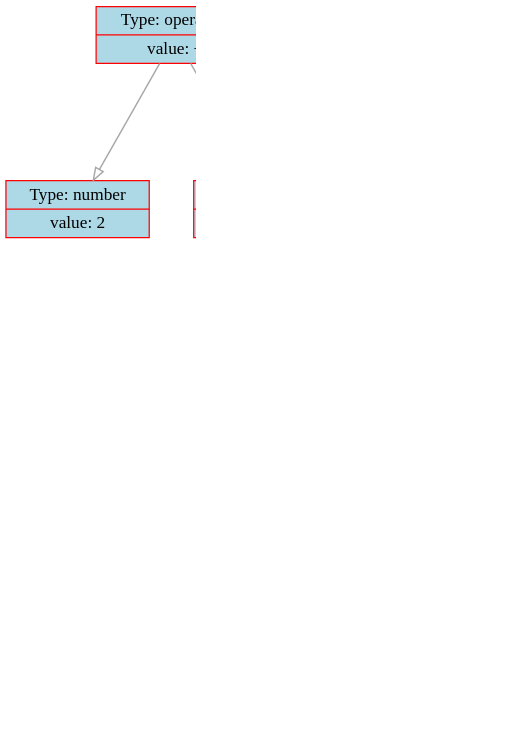
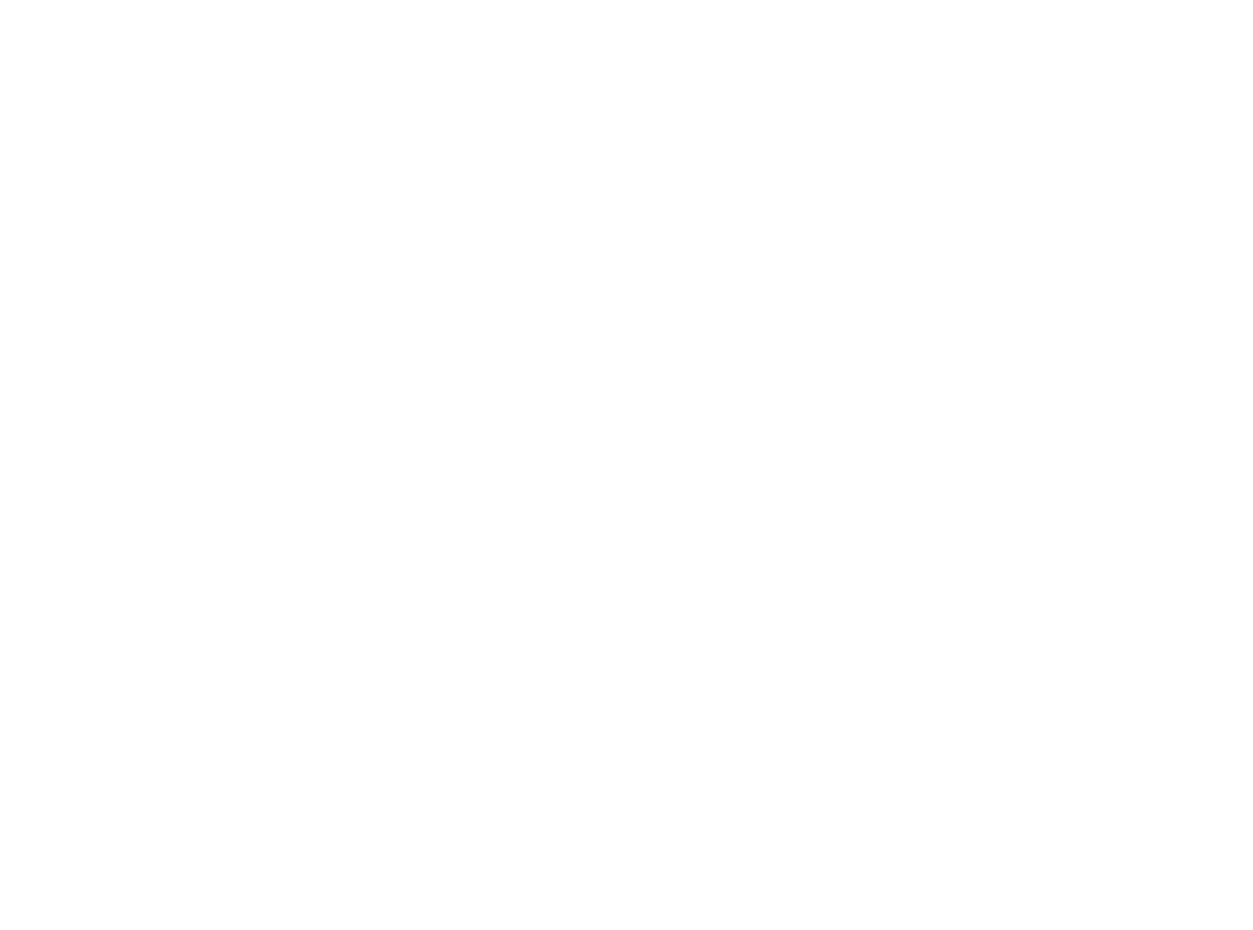
One commit to dodokek/Derivative-Calculator changed the diagram in data/graph.dot. Above: the diagram before and after it, drawn with Graphviz. The commit also changed 13 other files, not shown here.

```diff
--- a/data/graph.dot
+++ b/data/graph.dot
@@ -1,37 +1,67 @@
 
     digraph g {
         dpi      = 200;
         fontname = "Comic Sans MS";
         fontsize = 20;
         rankdir   =  TB;
         edge [color = darkgrey, arrowhead = onormal, arrowsize = 1, penwidth = 1.2]
         graph[fillcolor = lightgreen, ranksep = 1.3, nodesep = 0.5,
         style = "rounded, filled",color = green, penwidth = 2]
 
-    Node0000012c7da163d0[shape=record, width=0.2, style="filled", color="red", fillcolor="lightblue",label=" {Type: operation | value: +}"] 
+    Node000001f5d1c26530[shape=record, width=0.2, style="filled", color="red", fillcolor="lightblue",label=" {Type: operation | value: +}"] 
  
-Node0000012c7da161c0[shape=record, width=0.2, style="filled", color="red", fillcolor="lightblue",label=" {Type: number | value: 2}"] 
+Node000001f5d1c263b0[shape=record, width=0.2, style="filled", color="red", fillcolor="lightblue",label=" {Type: operation | value: \cdot}"] 
  
-Node0000012c7da163a0[shape=record, width=0.2, style="filled", color="red", fillcolor="lightblue",label=" {Type: operation | value: +}"] 
+Node000001f5d1c26500[shape=record, width=0.2, style="filled", color="red", fillcolor="lightblue",label=" {Type: operation | value: /}"] 
  
-Node0000012c7da16490[shape=record, width=0.2, style="filled", color="red", fillcolor="lightblue",label=" {Type: number | value: 1}"] 
+Node000001f5d1c264d0[shape=record, width=0.2, style="filled", color="red", fillcolor="lightblue",label=" {Type: operation | value: -}"] 
  
-Node0000012c7da16370[shape=record, width=0.2, style="filled", color="red", fillcolor="lightblue",label=" {Type: operation | value: \cdot}"] 
+Node000001f5d1c26350[shape=record, width=0.2, style="filled", color="red", fillcolor="lightblue",label=" {Type: operation | value: \cdot}"] 
  
-Node0000012c7da11ae0[shape=record, width=0.2, style="filled", color="red", fillcolor="lightblue",label=" {Type: operation | value: /}"] 
+Node000001f5d1c265c0[shape=record, width=0.2, style="filled", color="red", fillcolor="lightblue",label=" {Type: number | value: 1}"] 
  
-Node0000012c7da11ab0[shape=record, width=0.2, style="filled", color="red", fillcolor="lightblue",label=" {Type: number | value: 1}"] 
+Node000001f5d1c264a0[shape=record, width=0.2, style="filled", color="red", fillcolor="lightblue",label=" {Type: number | value: 0}"] 
  
-Node0000012c7da11a80[shape=record, width=0.2, style="filled", color="red", fillcolor="lightblue",label=" {Type: variable | value: X}"] 
+Node000001f5d1c26440[shape=record, width=0.2, style="filled", color="red", fillcolor="lightblue",label=" {Type: operation | value: \cdot}"] 
  
-Node0000012c7da114b0[shape=record, width=0.2, style="filled", color="red", fillcolor="lightblue",label=" {Type: number | value: 1}"] 
+Node000001f5d1c21b90[shape=record, width=0.2, style="filled", color="red", fillcolor="lightblue",label=" {Type: variable | value: X}"] 
  
-Node0000012c7da163d0->Node0000012c7da161c0
-Node0000012c7da163d0->Node0000012c7da163a0
-Node0000012c7da163a0->Node0000012c7da16490
-Node0000012c7da163a0->Node0000012c7da16370
-Node0000012c7da16370->Node0000012c7da11ae0
-Node0000012c7da11ae0->Node0000012c7da11ab0
-Node0000012c7da11ae0->Node0000012c7da11a80
-Node0000012c7da16370->Node0000012c7da114b0
+Node000001f5d1c21b60[shape=record, width=0.2, style="filled", color="red", fillcolor="lightblue",label=" {Type: number | value: 0}"] 
+ 
+Node000001f5d1c21b30[shape=record, width=0.2, style="filled", color="red", fillcolor="lightblue",label=" {Type: operation | value: \cdot}"] 
+ 
+Node000001f5d1c21b00[shape=record, width=0.2, style="filled", color="red", fillcolor="lightblue",label=" {Type: number | value: 0}"] 
+ 
+Node000001f5d1c214c0[shape=record, width=0.2, style="filled", color="red", fillcolor="lightblue",label=" {Type: number | value: 0}"] 
+ 
+Node000001f5d1c21690[shape=record, width=0.2, style="filled", color="red", fillcolor="lightblue",label=" {Type: number | value: 0}"] 
+ 
+Node000001f5d1c217a0[shape=record, width=0.2, style="filled", color="red", fillcolor="lightblue",label=" {Type: operation | value: \cdot}"] 
+ 
+Node000001f5d1c218e0[shape=record, width=0.2, style="filled", color="red", fillcolor="lightblue",label=" {Type: operation | value: /}"] 
+ 
+Node000001f5d1c21550[shape=record, width=0.2, style="filled", color="red", fillcolor="lightblue",label=" {Type: variable | value: X}"] 
+ 
+Node000001f5d1c21660[shape=record, width=0.2, style="filled", color="red", fillcolor="lightblue",label=" {Type: number | value: 0}"] 
+ 
+Node000001f5d1c219f0[shape=record, width=0.2, style="filled", color="red", fillcolor="lightblue",label=" {Type: number | value: 0}"] 
+ 
+Node000001f5d1c26530->Node000001f5d1c263b0
+Node000001f5d1c263b0->Node000001f5d1c26500
+Node000001f5d1c26500->Node000001f5d1c264d0
+Node000001f5d1c264d0->Node000001f5d1c26350
+Node000001f5d1c26350->Node000001f5d1c265c0
+Node000001f5d1c26350->Node000001f5d1c264a0
+Node000001f5d1c264d0->Node000001f5d1c26440
+Node000001f5d1c26440->Node000001f5d1c21b90
+Node000001f5d1c26440->Node000001f5d1c21b60
+Node000001f5d1c26500->Node000001f5d1c21b30
+Node000001f5d1c21b30->Node000001f5d1c21b00
+Node000001f5d1c21b30->Node000001f5d1c214c0
+Node000001f5d1c263b0->Node000001f5d1c21690
+Node000001f5d1c26530->Node000001f5d1c217a0
+Node000001f5d1c217a0->Node000001f5d1c218e0
+Node000001f5d1c218e0->Node000001f5d1c21550
+Node000001f5d1c218e0->Node000001f5d1c21660
+Node000001f5d1c217a0->Node000001f5d1c219f0
 }
```
